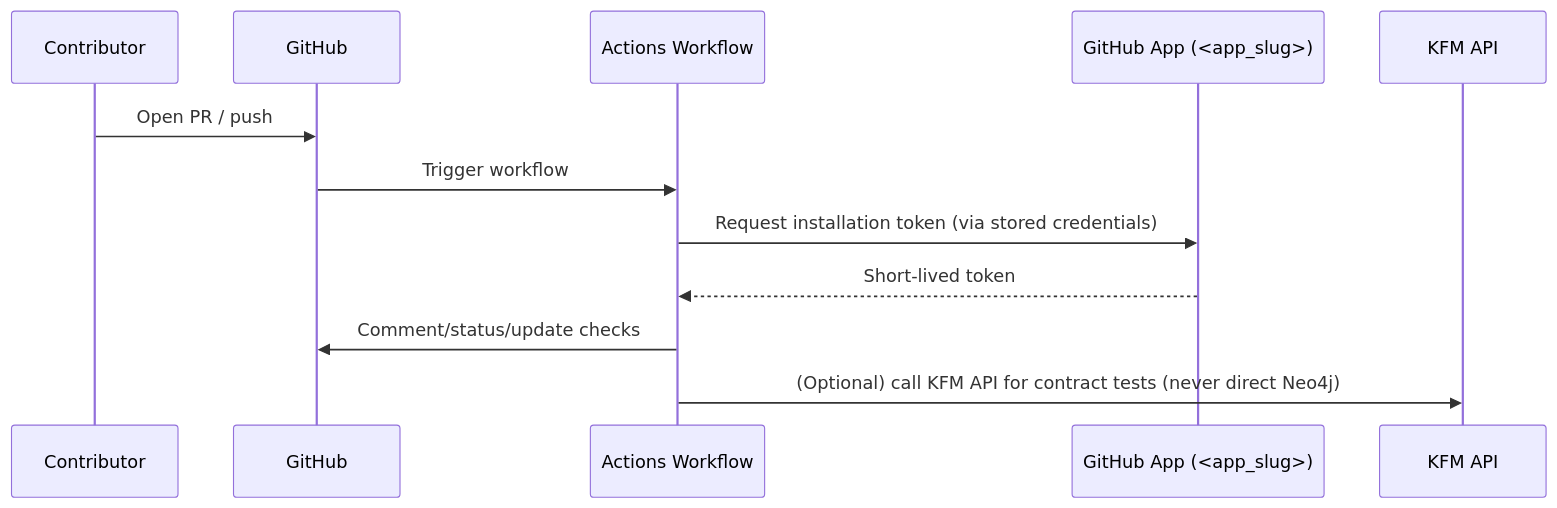
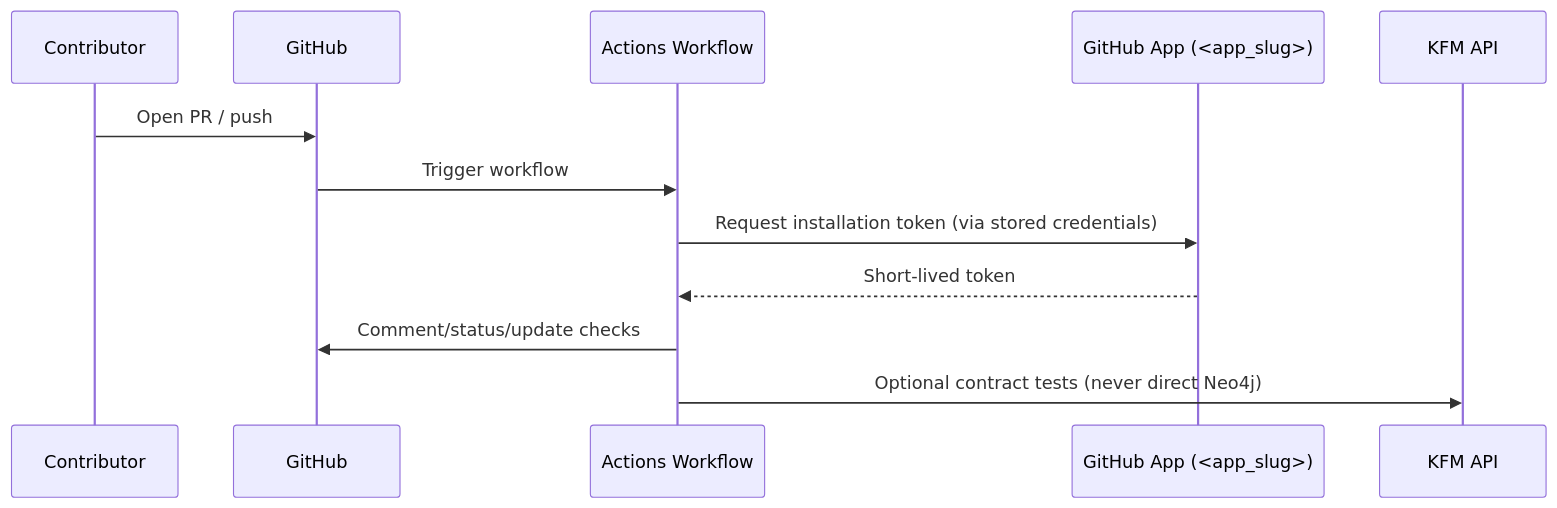
One commit to bartytime4life/Kansas-Frontier-Matrix changed the second of 2 diagrams in .github/apps/<app_slug>/workflows.md. Above: the diagram before and after it, drawn with Mermaid. The commit also changed other lines of this file, not shown here.

```diff
--- a/.github/apps/<app_slug>/workflows.md
+++ b/.github/apps/<app_slug>/workflows.md
@@ -164,15 +216,15 @@
 ~~~mermaid
 sequenceDiagram
   participant Dev as Contributor
   participant GH as GitHub
   participant WF as Actions Workflow
   participant App as GitHub App (<app_slug>)
   participant API as KFM API
 
   Dev->>GH: Open PR / push
   GH->>WF: Trigger workflow
   WF->>App: Request installation token (via stored credentials)
   App-->>WF: Short-lived token
   WF->>GH: Comment/status/update checks
-  WF->>API: (Optional) call KFM API for contract tests (never direct Neo4j)
+  WF->>API: Optional contract tests (never direct Neo4j)
 ~~~
```
